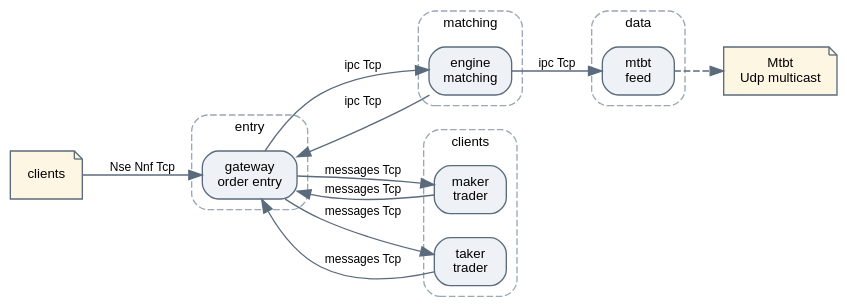
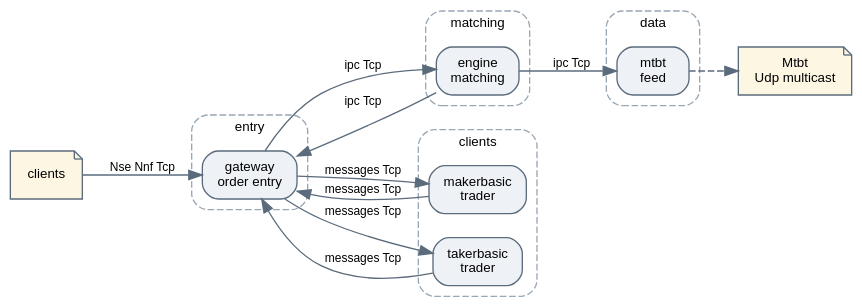
The diagram in nse/fo/cluster/topology.dot (Open-Markets-Initiative/omi-cpp-exchanges), drawn with Graphviz before and after one commit. The commit also changed 2870 other files, not shown here.

```diff
--- a/nse/fo/cluster/topology.dot
+++ b/nse/fo/cluster/topology.dot
@@ -1,53 +1,53 @@
 // Nse Futures and Options — the venue's components and the links between them.
 //
 // Generated from the exchange's own declaration, so it cannot disagree with what was
 // built. Render it with:  dot -Tsvg topology.dot -o topology.svg
 
 digraph nse {
     rankdir = LR;
     graph [fontname = "Helvetica", bgcolor = "transparent", splines = true];
     node  [fontname = "Helvetica", fontsize = 10, shape = box, style = "rounded,filled", fillcolor = "#eef2f7", color = "#5b6b7c"];
     edge  [fontname = "Helvetica", fontsize = 9, color = "#5b6b7c"];
 
     // The outside world: what reaches the venue and what leaves it.
     clients [label = "clients", shape = note, fillcolor = "#fdf6e3"];
     mtbt_out [label = "Mtbt\nUdp multicast", shape = note, fillcolor = "#fdf6e3"];
 
     // The components, each its own process in the separated versions and its own thread in the single binary.
     subgraph cluster_entry {
         label = "entry";
         style = "rounded,dashed"; color = "#9aa7b4"; fontsize = 10;
         gateway [label = "gateway\norder entry"];
     }
     subgraph cluster_matching {
         label = "matching";
         style = "rounded,dashed"; color = "#9aa7b4"; fontsize = 10;
         engine [label = "engine\nmatching"];
     }
     subgraph cluster_data {
         label = "data";
         style = "rounded,dashed"; color = "#9aa7b4"; fontsize = 10;
         mtbt [label = "mtbt\nfeed"];
     }
     subgraph cluster_clients {
         label = "clients";
         style = "rounded,dashed"; color = "#9aa7b4"; fontsize = 10;
-        maker [label = "maker\ntrader"];
-        taker [label = "taker\ntrader"];
+        makerbasic [label = "makerbasic\ntrader"];
+        takerbasic [label = "takerbasic\ntrader"];
     }
 
     // Order entry arrives over Tcp, whichever version is running.
     clients -> gateway [label = "Nse Nnf Tcp"];
 
     // Between the components: a queue in one process, a ring across several, a socket across machines.
     gateway -> engine [label = "ipc Tcp"];
     engine -> gateway [label = "ipc Tcp"];
     engine -> mtbt [label = "ipc Tcp"];
-    gateway -> maker [label = "messages Tcp"];
-    maker -> gateway [label = "messages Tcp"];
-    gateway -> taker [label = "messages Tcp"];
-    taker -> gateway [label = "messages Tcp"];
+    gateway -> makerbasic [label = "messages Tcp"];
+    makerbasic -> gateway [label = "messages Tcp"];
+    gateway -> takerbasic [label = "messages Tcp"];
+    takerbasic -> gateway [label = "messages Tcp"];
 
     // And out: each feed publishes and records what it is given.
     mtbt -> mtbt_out [style = dashed];
 }
```
